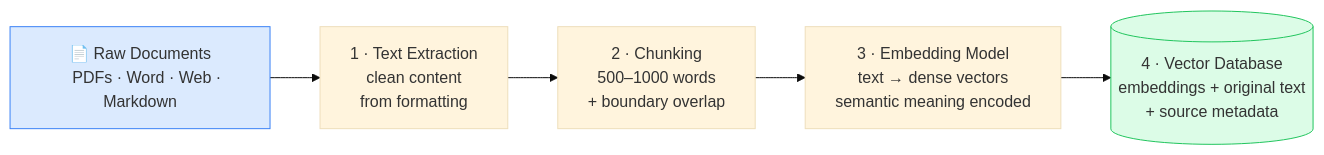
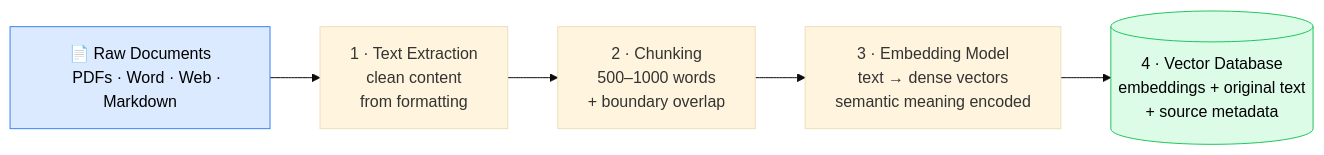
The fourth of 11 diagrams in docs/architecture.md (DevPartner/second-brain-cli), drawn with Mermaid (base theme) before and after one commit. The commit also changed other lines of this file, not shown here.

````diff
--- a/docs/architecture.md
+++ b/docs/architecture.md
@@ -110,20 +98,20 @@
 ```mermaid
 flowchart LR
     SRC["📄 Raw Documents
     PDFs · Word · Web · Markdown"]
     --> EXT["1 · Text Extraction
     clean content
     from formatting"]
     --> CHK["2 · Chunking
     500–1000 words
     + boundary overlap"]
     --> EMB["3 · Embedding Model
     text → dense vectors
     semantic meaning encoded"]
     --> STR[("4 · Vector Database
     embeddings + original text
     + source metadata")]
 
-    style SRC fill:#dbeafe,stroke:#3b82f6
-    style STR fill:#dcfce7,stroke:#22c55e
+    style SRC fill:#dbeafe,stroke:#3b82f6,color:#000000
+    style STR fill:#dcfce7,stroke:#22c55e,color:#000000
 ```
````
